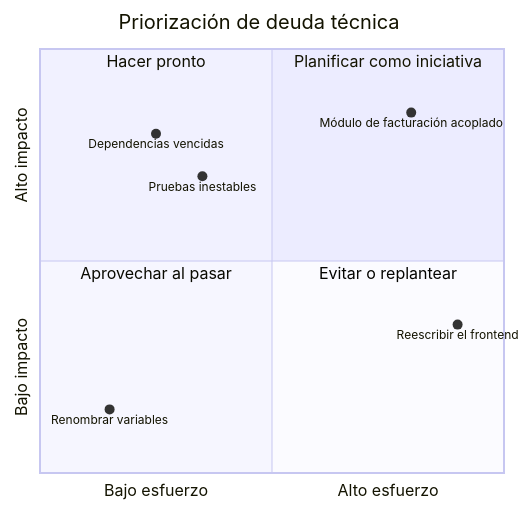
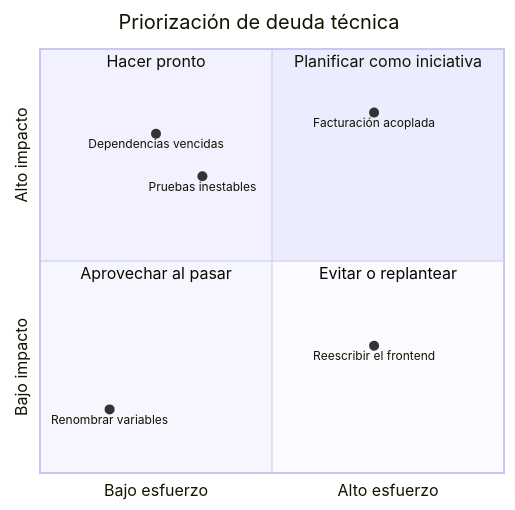
One commit to andresga79/saas-para-scrum-masters changed the third of 3 diagrams in content/12-diseno-deuda-tecnica.md. Above: the diagram before and after it, drawn with Mermaid. The commit also changed other lines of this file and 13 other files, not shown here.

First line of the commit message:
Corrige legibilidad de diagramas, casilla del pie e impresión en modo oscuro

````diff
--- a/content/12-diseno-deuda-tecnica.md
+++ b/content/12-diseno-deuda-tecnica.md
@@ -50,15 +42,15 @@
 ```mermaid
 quadrantChart
     title Priorización de deuda técnica
     x-axis Bajo esfuerzo --> Alto esfuerzo
     y-axis Bajo impacto --> Alto impacto
     quadrant-1 Planificar como iniciativa
     quadrant-2 Hacer pronto
     quadrant-3 Aprovechar al pasar
     quadrant-4 Evitar o replantear
     Dependencias vencidas: [0.25, 0.8]
     Pruebas inestables: [0.35, 0.7]
-    Módulo de facturación acoplado: [0.8, 0.85]
+    Facturación acoplada: [0.72, 0.85]
     Renombrar variables: [0.15, 0.15]
-    Reescribir el frontend: [0.9, 0.35]
+    Reescribir el frontend: [0.72, 0.3]
 ```
````
